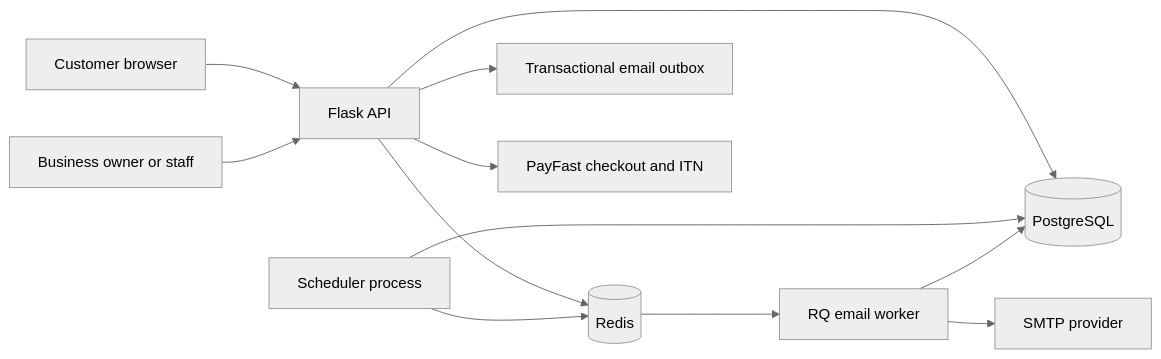
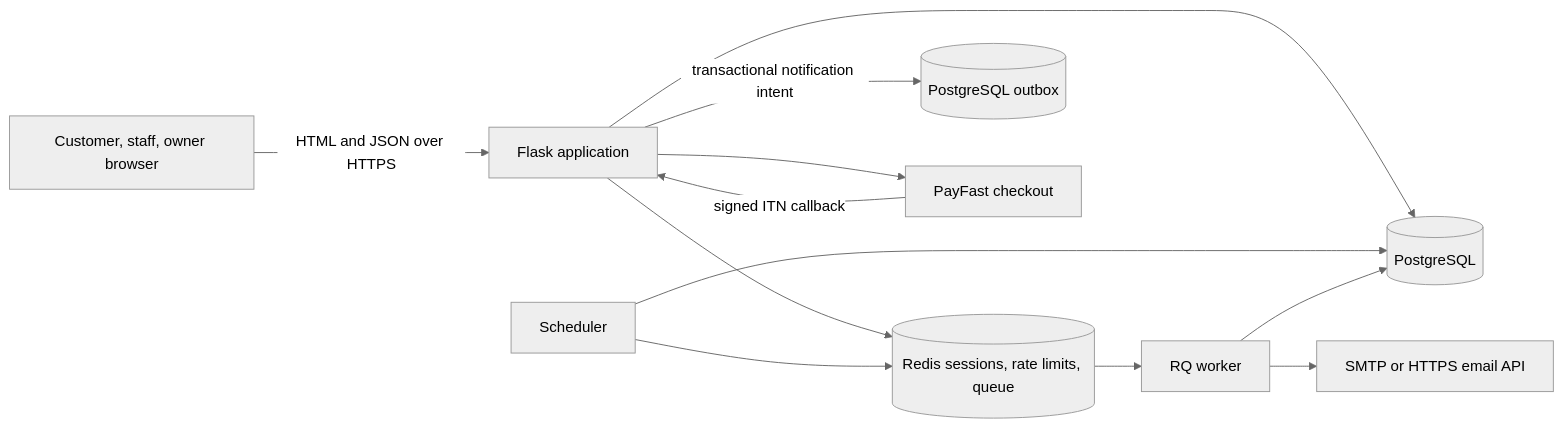
One commit to Legionaka/booking_plat changed the diagram in README.md. Above: the diagram before and after it, drawn with Mermaid (neutral theme). The commit also changed other lines of this file and 49 other files, not shown here.

````diff
--- a/README.md
+++ b/README.md
@@ -9,14 +41,14 @@
 ```mermaid
 flowchart LR
-    Customer[Customer browser] --> Web[Flask API]
-    Owner[Business owner or staff] --> Web
-    Web --> PG[(PostgreSQL)]
-    Web --> Redis[(Redis)]
-    Web --> Outbox[Transactional email outbox]
-    Scheduler[Scheduler process] --> PG
-    Scheduler --> Redis
-    Redis --> Worker[RQ email worker]
-    Worker --> PG
-    Worker --> SMTP[SMTP provider]
-    Web --> PayFast[PayFast checkout and ITN]
+  Browser[Customer, staff, owner browser] -->|HTML and JSON over HTTPS| Flask[Flask application]
+  Flask --> PG[(PostgreSQL)]
+  Flask --> Redis[(Redis sessions, rate limits, queue)]
+  Flask -->|transactional notification intent| Outbox[(PostgreSQL outbox)]
+  Scheduler[Scheduler] --> PG
+  Scheduler --> Redis
+  Redis --> Worker[RQ worker]
+  Worker --> PG
+  Worker --> Email[SMTP or HTTPS email API]
+  Flask --> PayFast[PayFast checkout]
+  PayFast -->|signed ITN callback| Flask
 ```
````
